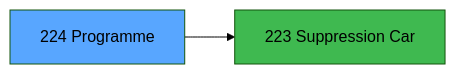
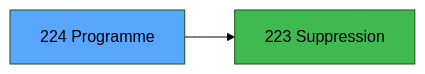
One commit to thonyAGP/magic-migration changed the third of 3 diagrams in .openspec/specs/ADH-IDE-224.md. Above: the diagram before and after it, drawn with Mermaid (forest theme). The commit also changed other lines of this file and 323 other files, not shown here.

````diff
--- a/.openspec/specs/ADH-IDE-224.md
+++ b/.openspec/specs/ADH-IDE-224.md
@@ -114,8 +141,8 @@
 ```mermaid
 graph LR
     T[224 Programme]
-    C223[223 Suppression Car]
+    C223[223 Suppression ]
     T --> C223
     style T fill:#58a6ff,color:#000
     style C223 fill:#3fb950
 ```
````
